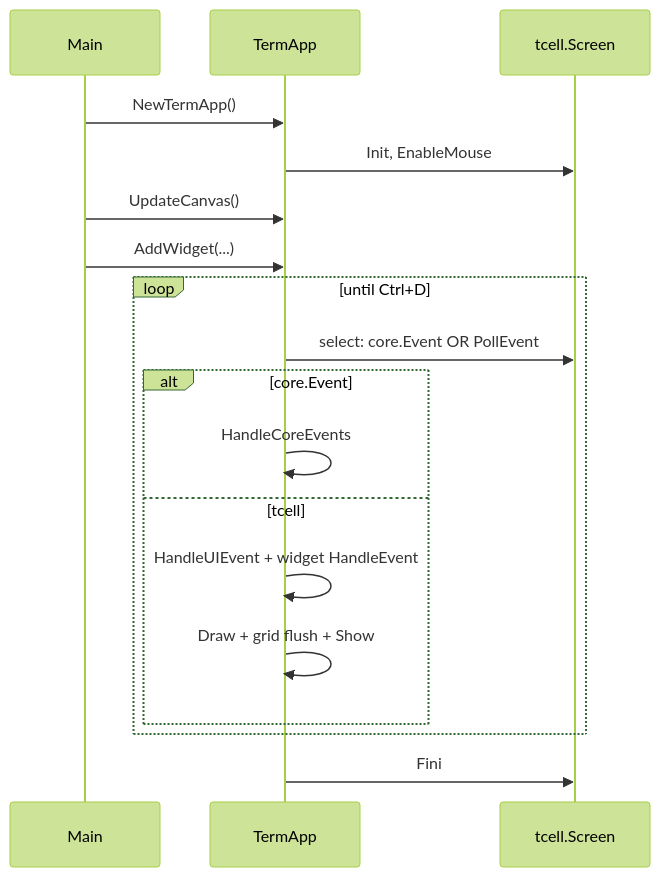
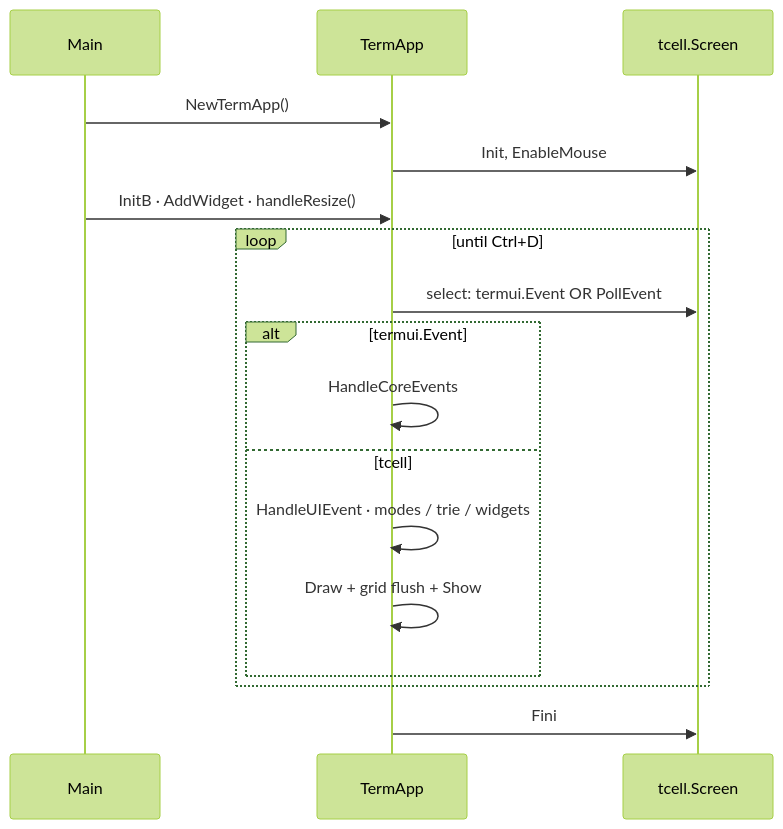
One commit to yairgd/gdbforge changed the first of 2 diagrams in docs/DEVELOPER_GUIDE.md. Above: the diagram before and after it, drawn with Mermaid (forest theme). The commit also changed other lines of this file and 18 other files, not shown here.

````diff
--- a/docs/DEVELOPER_GUIDE.md
+++ b/docs/DEVELOPER_GUIDE.md
@@ -138,21 +145,20 @@
 ```mermaid
 sequenceDiagram
     participant Main
     participant App as TermApp
     participant Screen as tcell.Screen
 
     Main->>App: NewTermApp()
     App->>Screen: Init, EnableMouse
-    Main->>App: UpdateCanvas()
-    Main->>App: AddWidget(...)
+    Main->>App: InitB · AddWidget · handleResize()
     loop until Ctrl+D
-        App->>Screen: select: core.Event OR PollEvent
-        alt core.Event
+        App->>Screen: select: termui.Event OR PollEvent
+        alt termui.Event
             App->>App: HandleCoreEvents
         else tcell
-            App->>App: HandleUIEvent + widget HandleEvent
+            App->>App: HandleUIEvent · modes / trie / widgets
             App->>App: Draw + grid flush + Show
         end
     end
     App->>Screen: Fini
 ```
````
